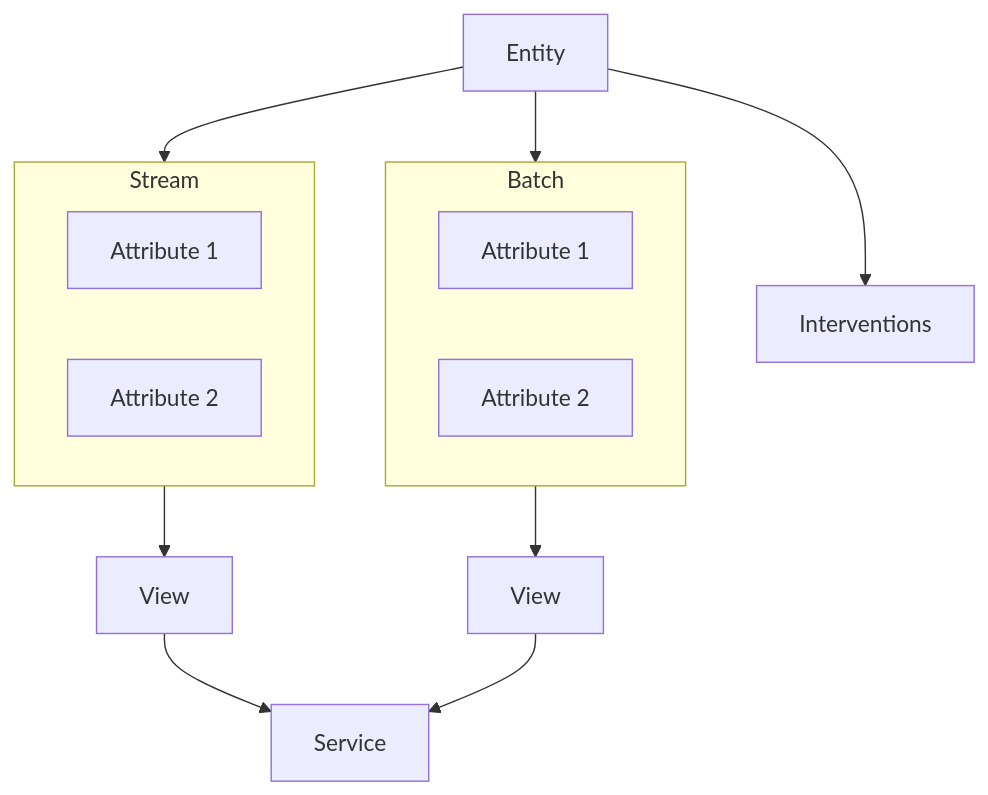
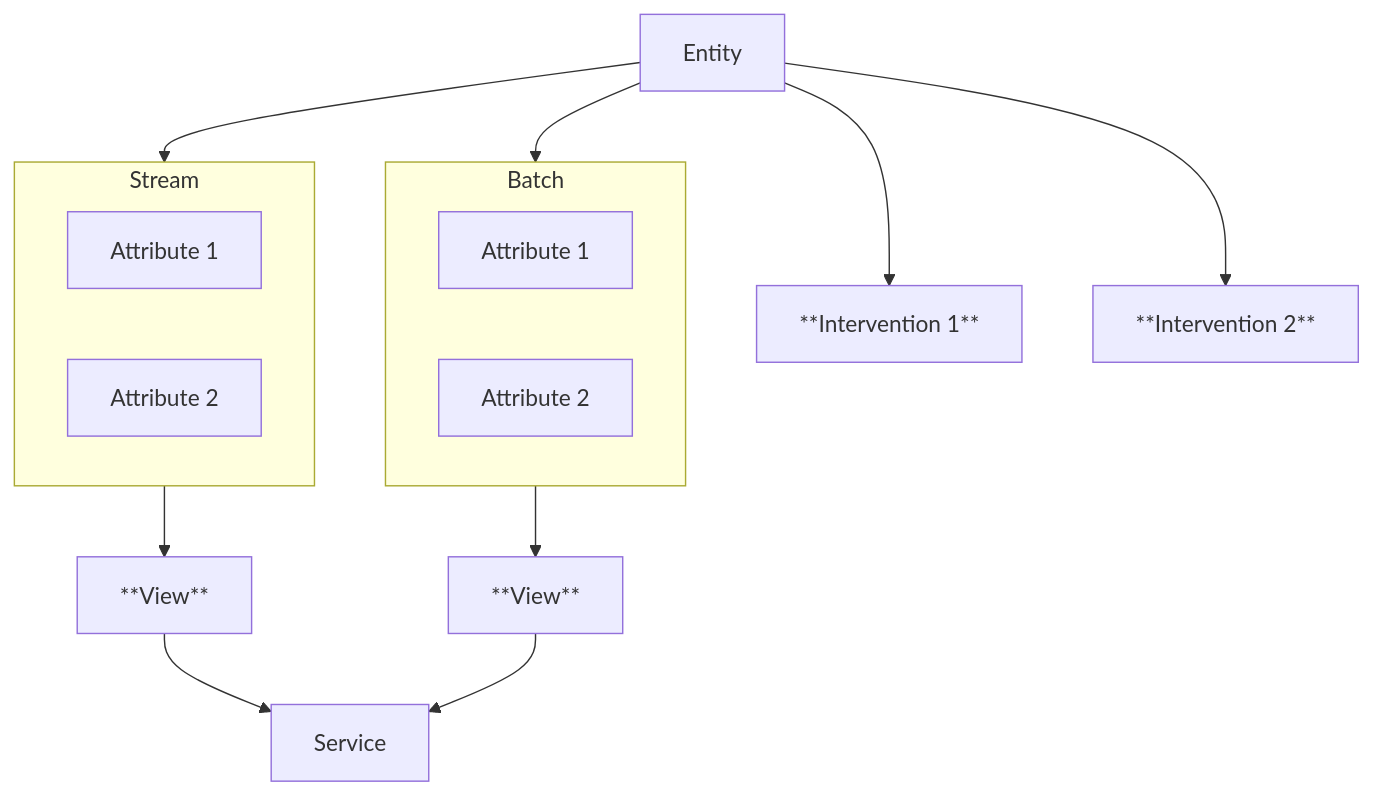
The first of 4 diagrams in docs/signals/concepts/index.md (snowplow/documentation), drawn with Mermaid before and after one commit. The commit also changed other lines of this file and 1 other file, not shown here.

````diff
--- a/docs/signals/concepts/index.md
+++ b/docs/signals/concepts/index.md
@@ -11,22 +11,23 @@
 ```mermaid
 flowchart TD
     Entity --> Stream
     Entity --> Batch
-    Entity --> Interventions
+    Entity --> Int1[**Intervention 1**]
+    Entity --> Int2[**Intervention 2**]
 
     subgraph Stream
         SA1[Attribute 1]
         SA2[Attribute 2]
     end
 
     subgraph Batch
         BA1[Attribute 1]
         BA2[Attribute 2]
     end
 
-    Stream --> StreamView[View]
-    Batch --> BatchView[View]
+    Stream --> StreamView[**View**]
+    Batch --> BatchView[**View**]
 
     StreamView --> Service
     BatchView --> Service
 ```
````
